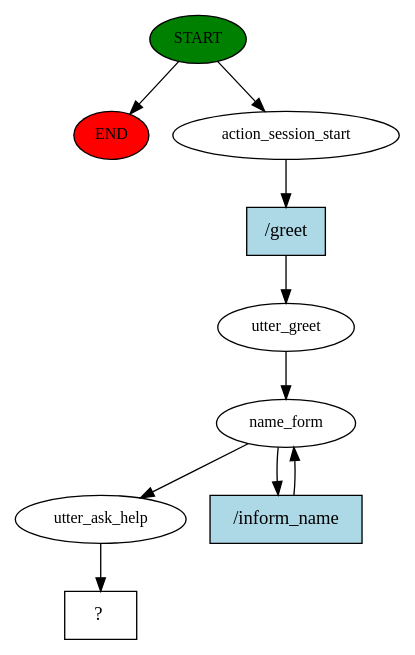
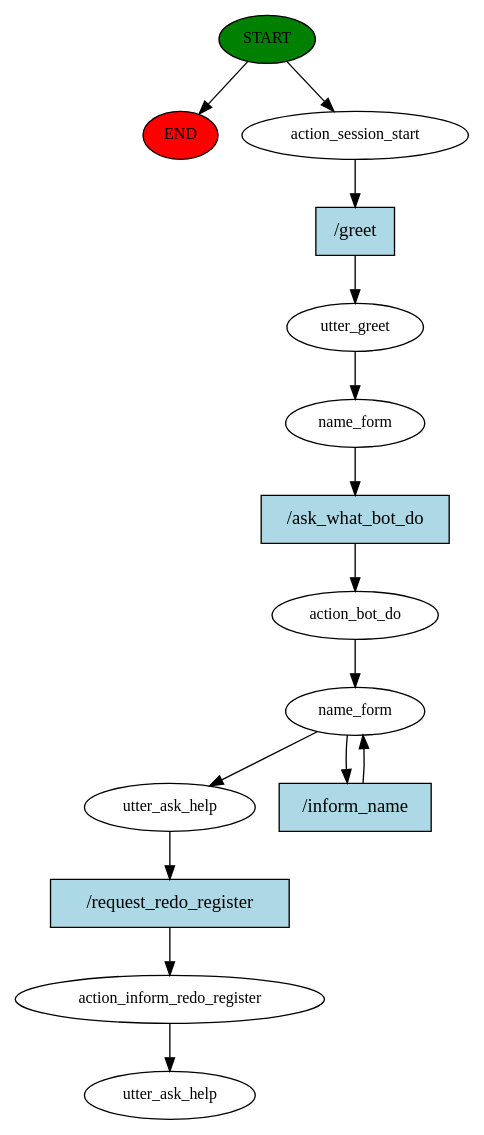
Before and after one commit to ofernandobarbosa/chatbot_IF: the diagram in story_graph.dot, drawn with Graphviz. The commit also changed 8 other files, not shown here.

```diff
--- a/story_graph.dot
+++ b/story_graph.dot
@@ -1,20 +1,30 @@
 digraph  {
 0 [class="start active", fillcolor=green, fontsize=12, label=START, style=filled];
 "-1" [class=end, fillcolor=red, fontsize=12, label=END, style=filled];
 1 [class=active, fontsize=12, label=action_session_start];
 2 [class=active, fontsize=12, label=utter_greet];
 3 [class=active, fontsize=12, label=name_form];
-5 [class=active, fontsize=12, label=utter_ask_help];
-6 [class="intent dashed active", label="  ?  ", shape=rect];
-7 [class="intent active", fillcolor=lightblue, label="/greet", shape=rect, style=filled];
-8 [class="intent active", fillcolor=lightblue, label="/inform_name", shape=rect, style=filled];
+4 [class=active, fontsize=12, label=action_bot_do];
+5 [class=active, fontsize=12, label=name_form];
+7 [class=active, fontsize=12, label=utter_ask_help];
+8 [class=active, fontsize=12, label=action_inform_redo_register];
+9 [class="dashed active", fontsize=12, label=utter_ask_help];
+10 [class="intent active", fillcolor=lightblue, label="/greet", shape=rect, style=filled];
+11 [class="intent active", fillcolor=lightblue, label="/ask_what_bot_do", shape=rect, style=filled];
+12 [class="intent active", fillcolor=lightblue, label="/inform_name", shape=rect, style=filled];
+13 [class="intent active", fillcolor=lightblue, label="/request_redo_register", shape=rect, style=filled];
 0 -> "-1"  [class="", key=NONE, label=""];
 0 -> 1  [class=active, key=NONE, label=""];
-1 -> 7  [class=active, key=0];
+1 -> 10  [class=active, key=0];
 2 -> 3  [class=active, key=NONE, label=""];
-3 -> 5  [class=active, key=NONE, label=""];
-3 -> 8  [class=active, key=0];
-5 -> 6  [class=active, key=NONE, label=""];
-7 -> 2  [class=active, key=0];
-8 -> 3  [class=active, key=0];
+3 -> 11  [class=active, key=0];
+4 -> 5  [class=active, key=NONE, label=""];
+5 -> 7  [class=active, key=NONE, label=""];
+5 -> 12  [class=active, key=0];
+7 -> 13  [class=active, key=0];
+8 -> 9  [class=active, key=NONE, label=""];
+10 -> 2  [class=active, key=0];
+11 -> 4  [class=active, key=0];
+12 -> 5  [class=active, key=0];
+13 -> 8  [class=active, key=0];
 }
```
